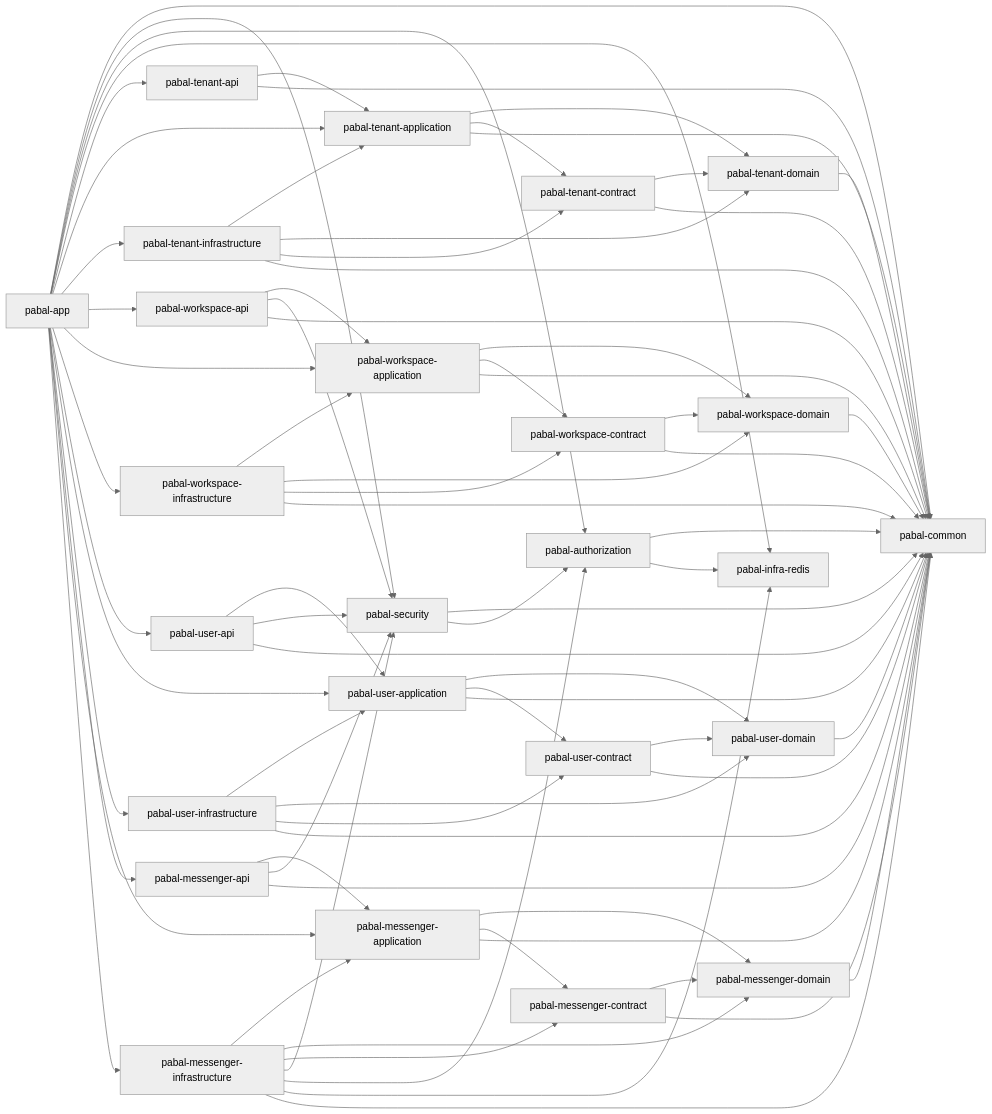
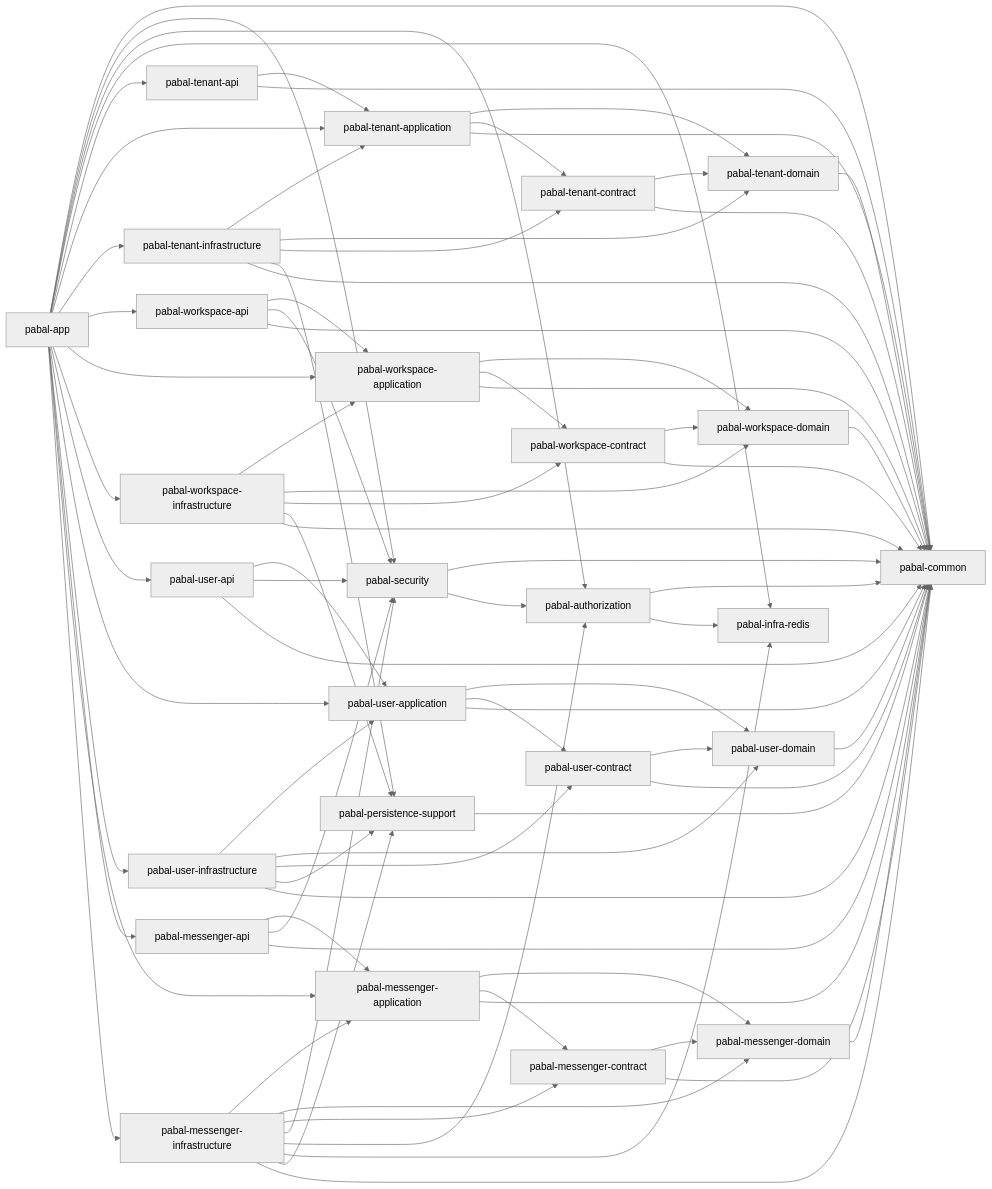
The diagram in docs/architecture/package-structure-and-layers.md (woojun-k/pabal), drawn with Mermaid (neutral theme) before and after one commit. The commit also changed other lines of this file and 83 other files, not shown here.

Commit message:
refactor(architecture): 도메인 전반의 불변 모델 전환 및 JPA 의존성 격리 리팩터링

````diff
--- a/docs/architecture/package-structure-and-layers.md
+++ b/docs/architecture/package-structure-and-layers.md
@@ -103,6 +105,7 @@
     security --> authorization
     authorization --> common
     authorization --> redis
+    persistence_support["pabal-persistence-support"] --> common
     tenant_domain["pabal-tenant-domain"] --> common
     tenant_contract["pabal-tenant-contract"] --> tenant_domain
     tenant_contract --> common
@@ -114,6 +117,7 @@
     tenant_infrastructure --> tenant_application
     tenant_infrastructure --> tenant_domain
     tenant_infrastructure --> tenant_contract
+    tenant_infrastructure --> persistence_support
     tenant_infrastructure --> common
 
     workspace_domain["pabal-workspace-domain"] --> common
@@ -128,6 +132,7 @@
     workspace_infrastructure --> workspace_application
     workspace_infrastructure --> workspace_domain
     workspace_infrastructure --> workspace_contract
+    workspace_infrastructure --> persistence_support
     workspace_infrastructure --> common
 
     user_domain["pabal-user-domain"] --> common
@@ -142,6 +147,7 @@
     user_infrastructure --> user_application
     user_infrastructure --> user_domain
     user_infrastructure --> user_contract
+    user_infrastructure --> persistence_support
     user_infrastructure --> common
 
     messenger_domain["pabal-messenger-domain"] --> common
@@ -159,5 +165,6 @@
     messenger_infrastructure --> security
     messenger_infrastructure --> authorization
     messenger_infrastructure --> redis
+    messenger_infrastructure --> persistence_support
     messenger_infrastructure --> common
 ```
````
